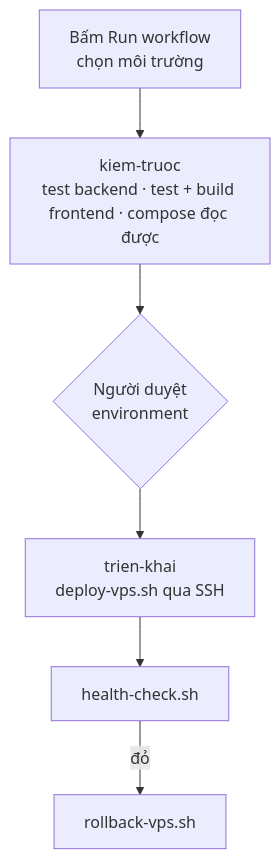
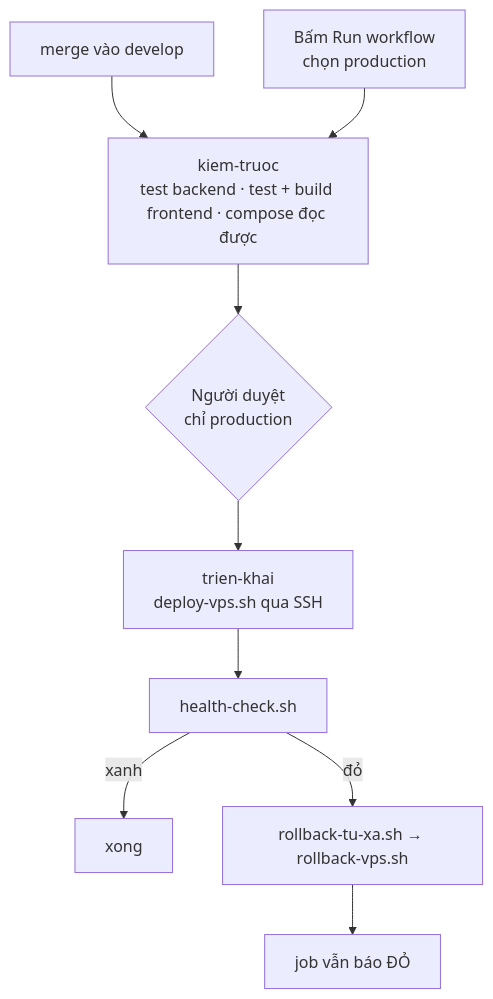
Before and after one commit to Anpham120/restaurant-qr-ordering-mobile: the diagram in docs/devops/PIPELINE_AND_DEPLOY.md, drawn with Mermaid. The commit also changed other lines of this file, not shown here.

````diff
--- a/docs/devops/PIPELINE_AND_DEPLOY.md
+++ b/docs/devops/PIPELINE_AND_DEPLOY.md
@@ -91,8 +98,11 @@
 ```mermaid
 flowchart TB
-  D["Bấm Run workflow<br/>chọn môi trường"] --> K["kiem-truoc<br/>test backend · test + build frontend · compose đọc được"]
-  K --> P{"Người duyệt<br/>environment"}
+  M["merge vào develop"] --> K
+  D["Bấm Run workflow<br/>chọn production"] --> K["kiem-truoc<br/>test backend · test + build frontend · compose đọc được"]
+  K --> P{"Người duyệt<br/>chỉ production"}
   P --> T["trien-khai<br/>deploy-vps.sh qua SSH"]
   T --> H["health-check.sh"]
-  H -->|đỏ| R["rollback-vps.sh"]
+  H -->|xanh| OK["xong"]
+  H -->|đỏ| R["rollback-tu-xa.sh → rollback-vps.sh"]
+  R --> RED["job vẫn báo ĐỎ"]
 ```
````
